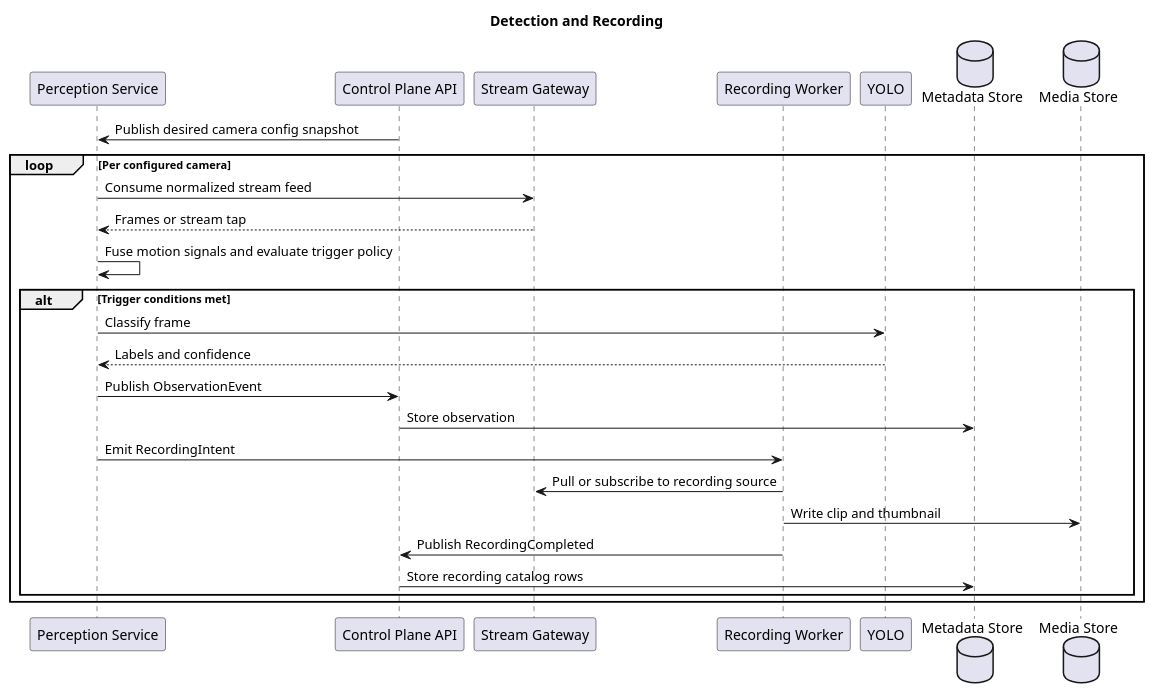
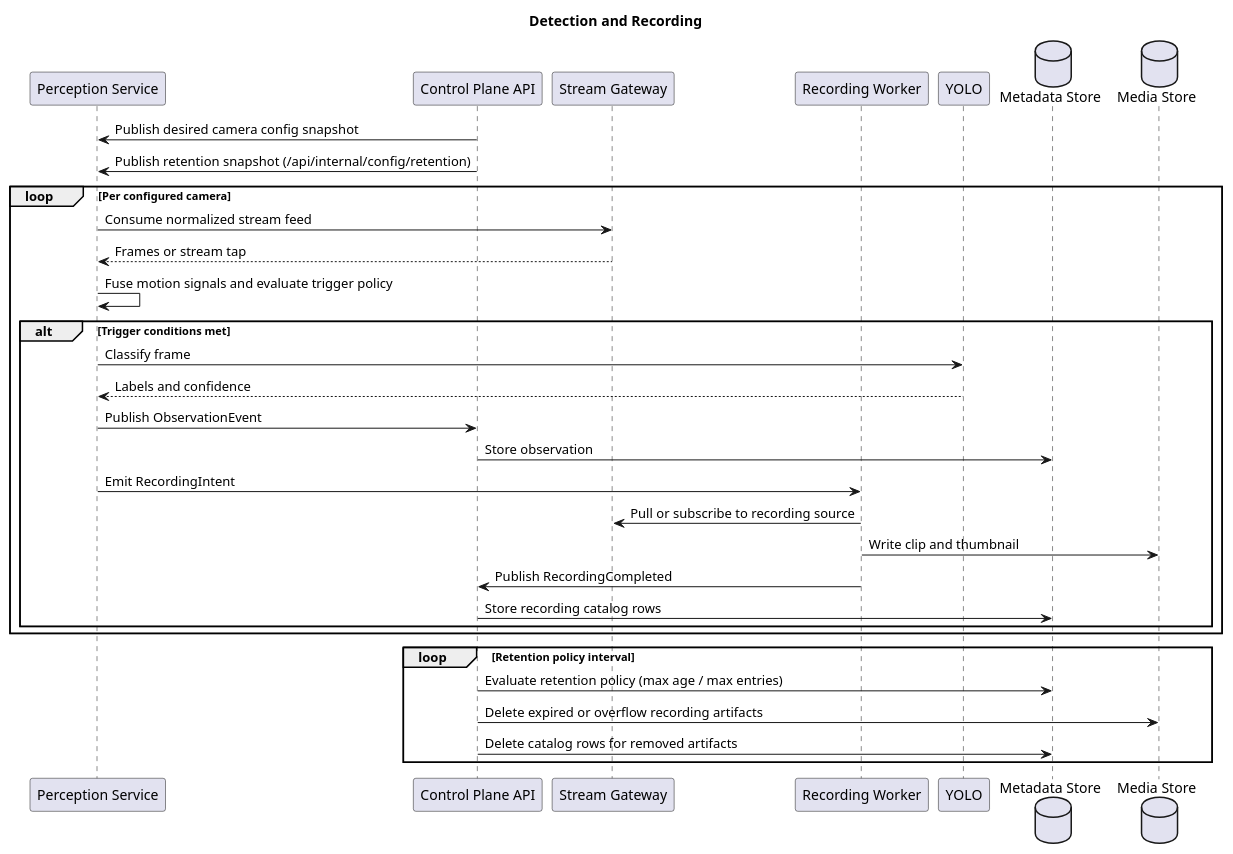
The diagram in documentation/diagrams/sequences/detection-and-recording.puml (Malguzt/Jasy-Jatere), drawn with PlantUML before and after one commit. The commit also changed 4 other files, not shown here.

```diff
--- a/documentation/diagrams/sequences/detection-and-recording.puml
+++ b/documentation/diagrams/sequences/detection-and-recording.puml
@@ -1,31 +1,38 @@
 @startuml
 title Detection and Recording
 
 participant "Perception Service" as Perception
 participant "Control Plane API" as API
 participant "Stream Gateway" as Gateway
 participant "Recording Worker" as Recorder
 participant YOLO
 database "Metadata Store" as Metadata
 database "Media Store" as Media
 
 API -> Perception: Publish desired camera config snapshot
+API -> Perception: Publish retention snapshot (/api/internal/config/retention)
 loop Per configured camera
   Perception -> Gateway: Consume normalized stream feed
   Gateway --> Perception: Frames or stream tap
   Perception -> Perception: Fuse motion signals and evaluate trigger policy
 
   alt Trigger conditions met
     Perception -> YOLO: Classify frame
     YOLO --> Perception: Labels and confidence
     Perception -> API: Publish ObservationEvent
     API -> Metadata: Store observation
     Perception -> Recorder: Emit RecordingIntent
     Recorder -> Gateway: Pull or subscribe to recording source
     Recorder -> Media: Write clip and thumbnail
     Recorder -> API: Publish RecordingCompleted
     API -> Metadata: Store recording catalog rows
   end
 end
 
+loop Retention policy interval
+  API -> Metadata: Evaluate retention policy (max age / max entries)
+  API -> Media: Delete expired or overflow recording artifacts
+  API -> Metadata: Delete catalog rows for removed artifacts
+end
+
 @enduml
```
